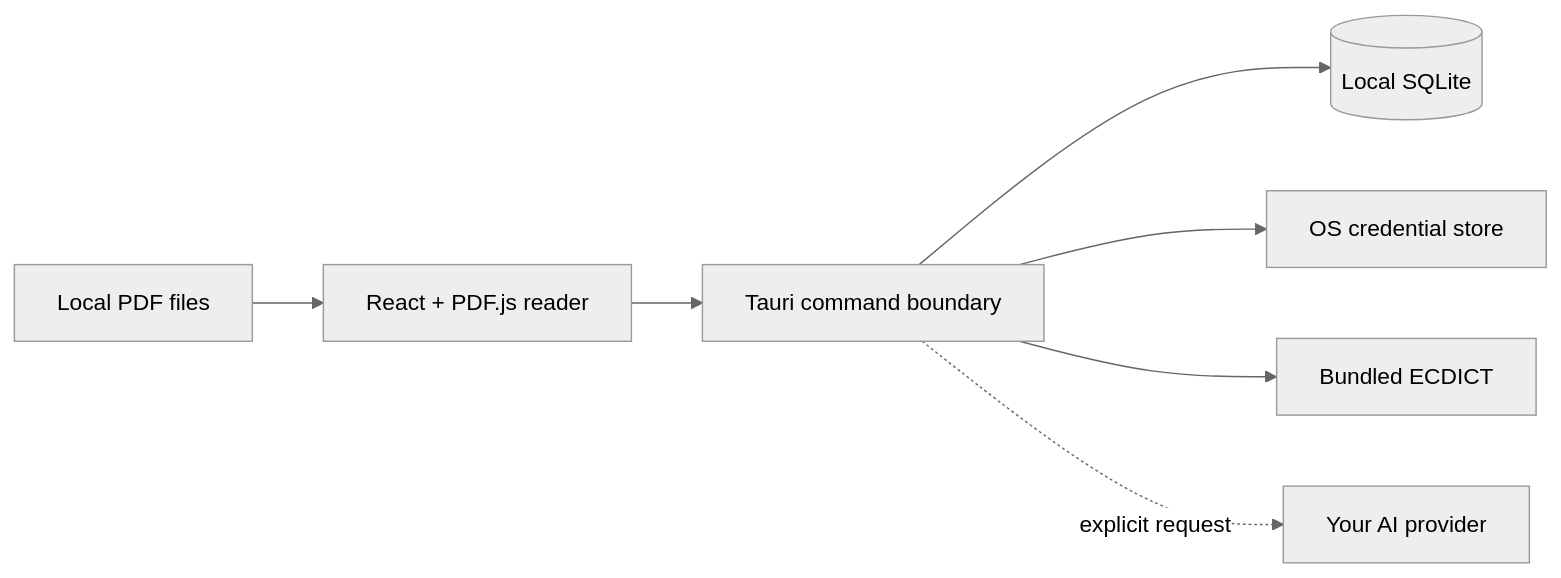
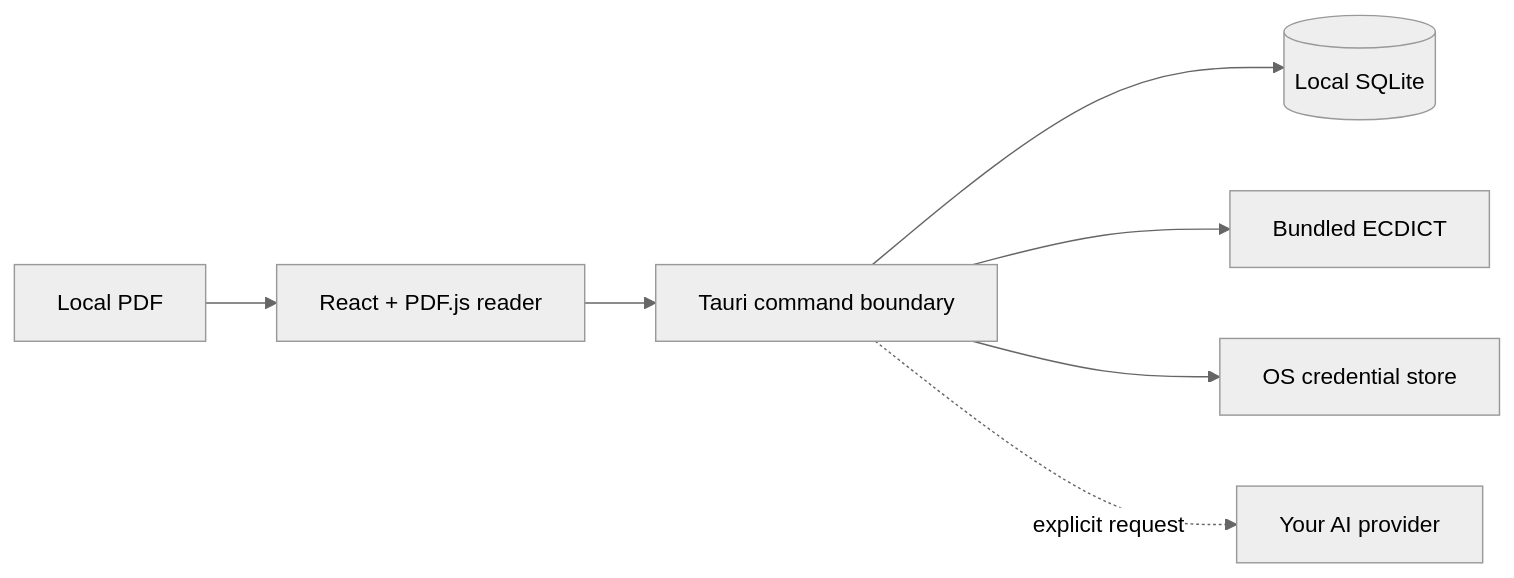
The diagram in README.md (Yan-Haiyang-Tju/PaperLens), drawn with Mermaid (neutral theme) before and after one commit. The commit also changed other lines of this file and 7 other files, not shown here.

````diff
--- a/README.md
+++ b/README.md
@@ -179,9 +187,9 @@
 ```mermaid
 flowchart LR
-  PDF["Local PDF files"] --> UI["React + PDF.js reader"]
-  UI --> IPC["Tauri command boundary"]
+  PDF["Local PDF"] --> READER["React + PDF.js reader"]
+  READER --> IPC["Tauri command boundary"]
   IPC --> DB[("Local SQLite")]
+  IPC --> DICT["Bundled ECDICT"]
   IPC --> KEY["OS credential store"]
-  IPC --> DICT["Bundled ECDICT"]
   IPC -. "explicit request" .-> AI["Your AI provider"]
 ```
````
